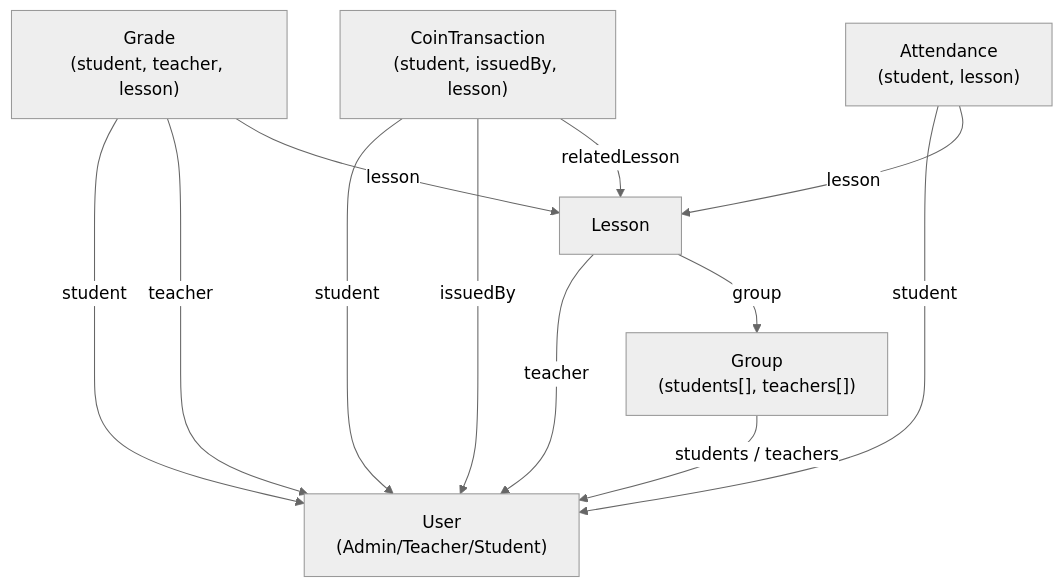
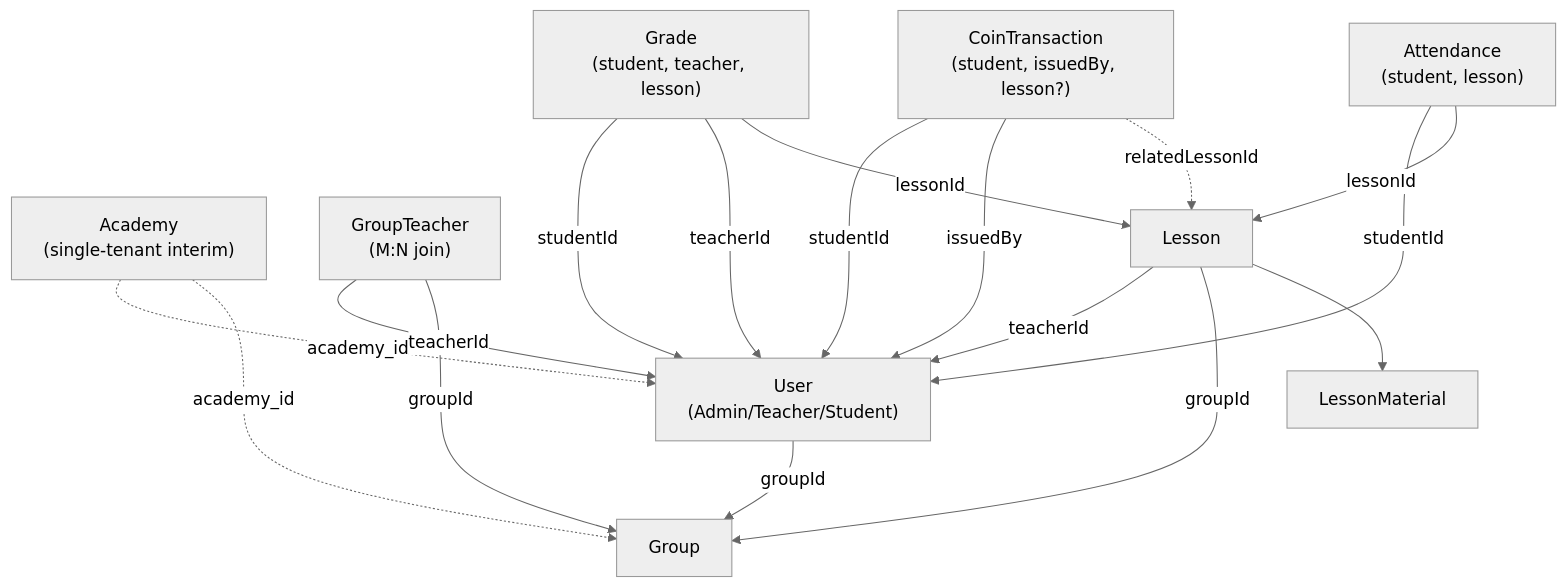
Before and after one commit to Vybyranyi/RedMonKey_IT_Academy_LMS: the diagram in IT_Academy_LMS_ТЗ.md, drawn with Mermaid (neutral theme). The commit also changed other lines of this file and 7 other files, not shown here.

````diff
--- a/IT_Academy_LMS_ТЗ.md
+++ b/IT_Academy_LMS_ТЗ.md
@@ -168,26 +195,34 @@
 ```mermaid
 flowchart TD
-    %% Entities
+    Academy["Academy\n(single-tenant interim)"]
     User["User\n(Admin/Teacher/Student)"]
-    Group["Group\n(students[], teachers[])"]
+    Group["Group"]
+    GroupTeacher["GroupTeacher\n(M:N join)"]
     Lesson["Lesson"]
+    LessonMaterial["LessonMaterial"]
     Grade["Grade\n(student, teacher, lesson)"]
-    CoinTransaction["CoinTransaction\n(student, issuedBy, lesson)"]
+    CoinTransaction["CoinTransaction\n(student, issuedBy, lesson?)"]
     Attendance["Attendance\n(student, lesson)"]
 
-    %% Relationships
-    Group -->|students / teachers| User
-    Lesson -->|teacher| User
-    Lesson -->|group| Group
-    
-    Grade -->|student| User
-    Grade -->|teacher| User
-    Grade -->|lesson| Lesson
-    
-    CoinTransaction -->|student| User
+    Academy -.->|academy_id| User
+    Academy -.->|academy_id| Group
+
+    User -->|groupId| Group
+    GroupTeacher -->|teacherId| User
+    GroupTeacher -->|groupId| Group
+
+    Lesson -->|teacherId| User
+    Lesson -->|groupId| Group
+    Lesson --> LessonMaterial
+
+    Grade -->|studentId| User
+    Grade -->|teacherId| User
+    Grade -->|lessonId| Lesson
+
+    CoinTransaction -->|studentId| User
     CoinTransaction -->|issuedBy| User
-    CoinTransaction -->|relatedLesson| Lesson
-    
-    Attendance -->|student| User
-    Attendance -->|lesson| Lesson
+    CoinTransaction -.->|relatedLessonId| Lesson
+
+    Attendance -->|studentId| User
+    Attendance -->|lessonId| Lesson
 ```
````
